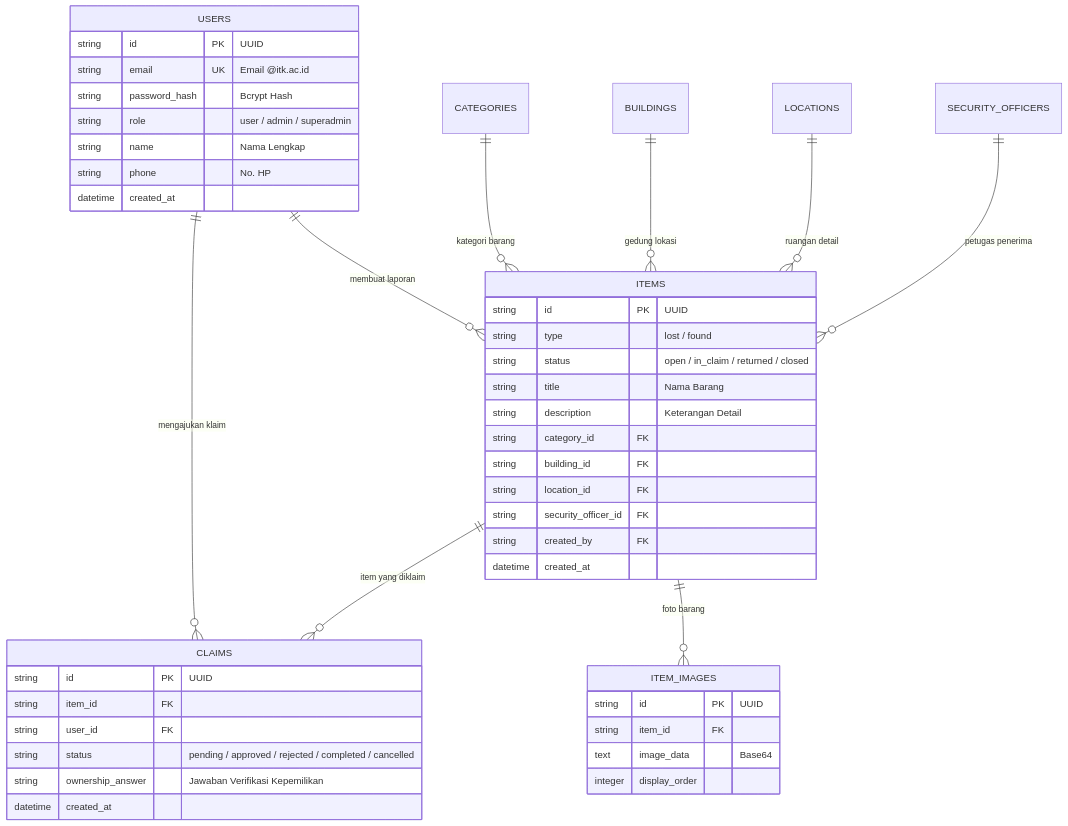
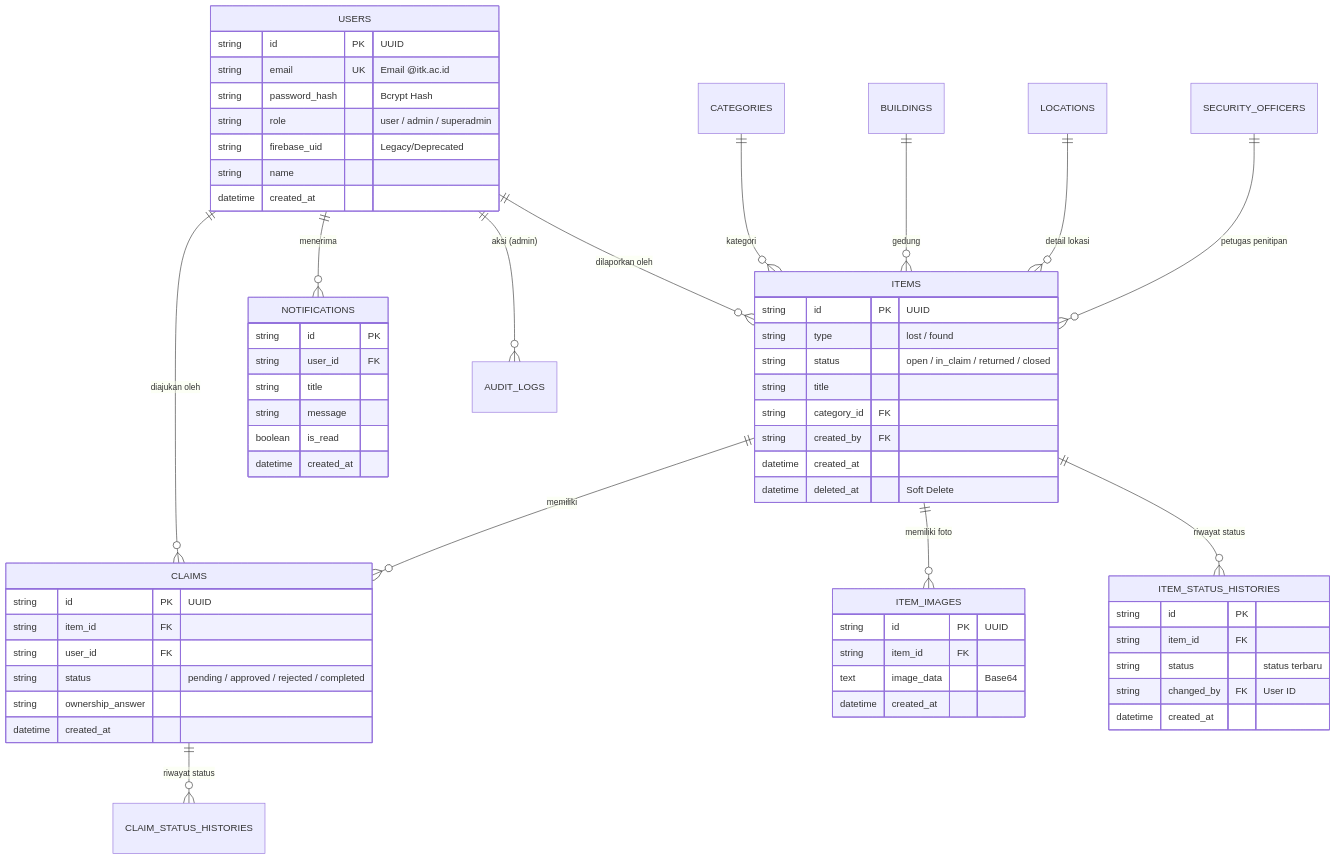
One commit to aidilsaputrakirsan-classroom/cc-kelompok-a-extraordinary changed the fourth of 4 diagrams in README.md. Above: the diagram before and after it, drawn with Mermaid. The commit also changed other lines of this file and 48 other files, not shown here.

````diff
--- a/README.md
+++ b/README.md
@@ -214,48 +260,67 @@
 ```mermaid
 erDiagram
-    USERS ||--o{ ITEMS : "membuat laporan"
-    USERS ||--o{ CLAIMS : "mengajukan klaim"
-    ITEMS ||--o{ CLAIMS : "item yang diklaim"
-    ITEMS ||--o{ ITEM_IMAGES : "foto barang"
-    CATEGORIES ||--o{ ITEMS : "kategori barang"
-    BUILDINGS ||--o{ ITEMS : "gedung lokasi"
-    LOCATIONS ||--o{ ITEMS : "ruangan detail"
-    SECURITY_OFFICERS ||--o{ ITEMS : "petugas penerima"
+    USERS ||--o{ ITEMS : "dilaporkan oleh"
+    USERS ||--o{ CLAIMS : "diajukan oleh"
+    USERS ||--o{ NOTIFICATIONS : "menerima"
+    USERS ||--o{ AUDIT_LOGS : "aksi (admin)"
+    
+    ITEMS ||--o{ CLAIMS : "memiliki"
+    ITEMS ||--o{ ITEM_IMAGES : "memiliki foto"
+    ITEMS ||--o{ ITEM_STATUS_HISTORIES : "riwayat status"
+    
+    CLAIMS ||--o{ CLAIM_STATUS_HISTORIES : "riwayat status"
+
+    CATEGORIES ||--o{ ITEMS : "kategori"
+    BUILDINGS ||--o{ ITEMS : "gedung"
+    LOCATIONS ||--o{ ITEMS : "detail lokasi"
+    SECURITY_OFFICERS ||--o{ ITEMS : "petugas penitipan"
 
     USERS {
         string id PK "UUID"
         string email UK "Email @itk.ac.id"
         string password_hash "Bcrypt Hash"
         string role "user / admin / superadmin"
-        string name "Nama Lengkap"
-        string phone "No. HP"
+        string firebase_uid "Legacy/Deprecated"
+        string name
         datetime created_at
     }
     ITEMS {
         string id PK "UUID"
         string type "lost / found"
         string status "open / in_claim / returned / closed"
-        string title "Nama Barang"
-        string description "Keterangan Detail"
+        string title
         string category_id FK
-        string building_id FK
-        string location_id FK
-        string security_officer_id FK
         string created_by FK
         datetime created_at
+        datetime deleted_at "Soft Delete"
     }
     CLAIMS {
         string id PK "UUID"
         string item_id FK
         string user_id FK
-        string status "pending / approved / rejected / completed / cancelled"
-        string ownership_answer "Jawaban Verifikasi Kepemilikan"
+        string status "pending / approved / rejected / completed"
+        string ownership_answer
         datetime created_at
     }
     ITEM_IMAGES {
         string id PK "UUID"
         string item_id FK
         text image_data "Base64"
-        integer display_order
+        datetime created_at
+    }
+    NOTIFICATIONS {
+        string id PK
+        string user_id FK
+        string title
+        string message
+        boolean is_read
+        datetime created_at
+    }
+    ITEM_STATUS_HISTORIES {
+        string id PK
+        string item_id FK
+        string status "status terbaru"
+        string changed_by FK "User ID"
+        datetime created_at
     }
 ```
````
